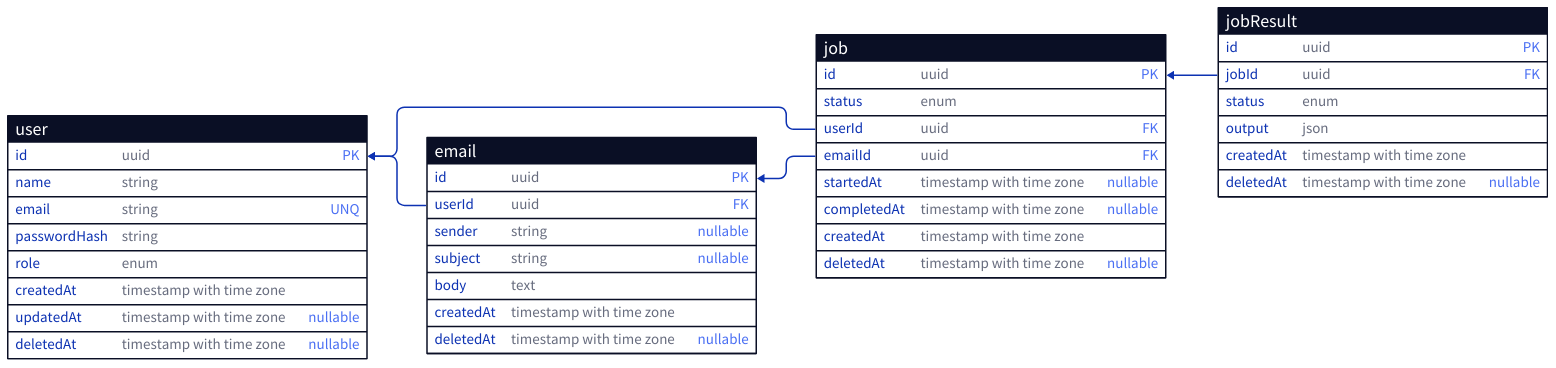
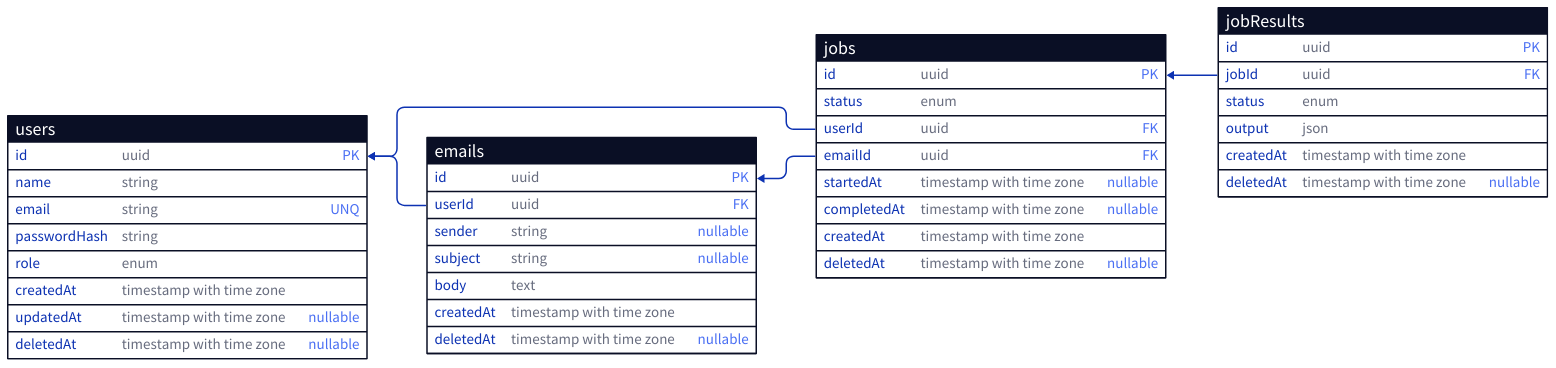
One commit to SE-UUlm/sieve changed the diagram in wiki/assets/database_schema.d2. Above: the diagram before and after it, drawn with D2. The commit also changed 5 other files, not shown here.

```diff
--- a/wiki/assets/database_schema.d2
+++ b/wiki/assets/database_schema.d2
@@ -1,71 +1,71 @@
 vars: {
   d2-config: {
     layout-engine: elk
   }
 }
 
-user: {
+users: {
   shape: sql_table
 
   id: uuid {constraint: primary_key}
   name: string
   email: string {constraint: unique}
   passwordHash: string
   role: enum
 
   # Metadata
   createdAt: timestamp with time zone
   updatedAt: timestamp with time zone {constraint: nullable}
   deletedAt: timestamp with time zone {constraint: nullable}
 }
 
-job: {
+jobs: {
   shape: sql_table
 
   id: uuid {constraint: primary_key}
   status: enum
   userId: uuid {constraint: foreign_key}
   emailId: uuid {constraint: foreign_key}
   startedAt: timestamp with time zone {constraint: nullable}
   completedAt: timestamp with time zone {constraint: nullable}
 
   # Metadata
   createdAt: timestamp with time zone
   deletedAt: timestamp with time zone {constraint: nullable}
 }
 
-jobResult: {
+jobResults: {
   shape: sql_table
 
   id: uuid {constraint: primary_key}
   jobId: uuid {constraint: foreign_key}
   status: enum
   output: json
 
   # Metadata
   createdAt: timestamp with time zone
   deletedAt: timestamp with time zone {constraint: nullable}
 }
 
-email: {
+emails: {
   shape: sql_table
 
   id: uuid {constraint: primary_key}
   userId: uuid {constraint: foreign_key}
   sender: string {constraint: nullable}
   subject: string {constraint: nullable}
   body: text
 
   # Metadata
   createdAt: timestamp with time zone
   deletedAt: timestamp with time zone {constraint: nullable}
 }
 
 direction: left
 
-job.userId -> user.id
-job.emailId -> email.id
+jobs.userId -> users.id
+jobs.emailId -> emails.id
 
-jobResult.jobId -> job.id
+jobResults.jobId -> jobs.id
 
-email.userId -> user.id
+emails.userId -> users.id
```
